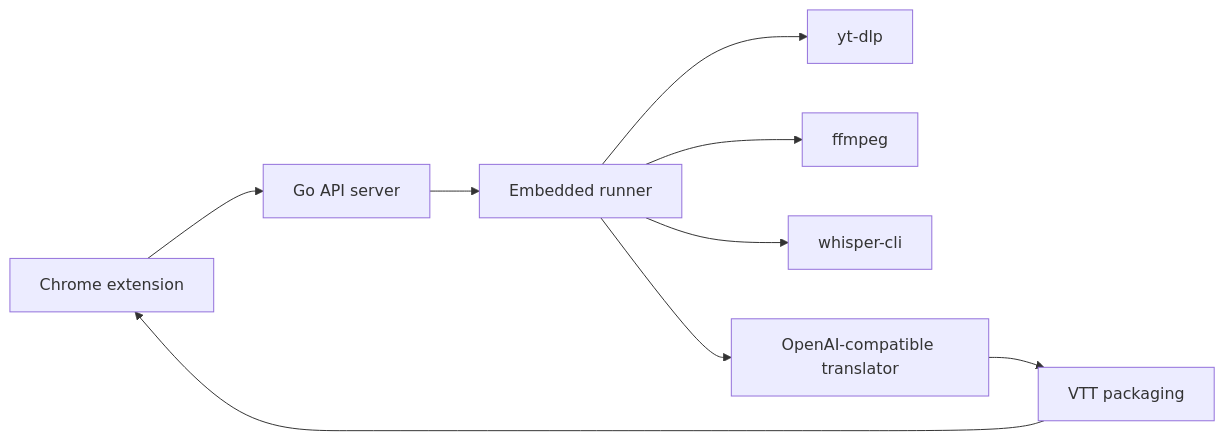
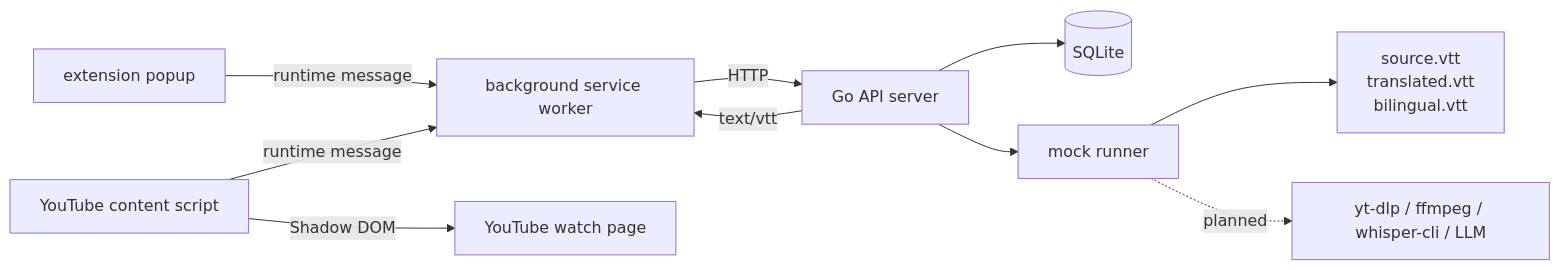
Before and after one commit to Insulinocytus/lets-sub-it: the diagram in README.md, drawn with Mermaid. The commit also changed other lines of this file and 1 other file, not shown here.

````diff
--- a/README.md
+++ b/README.md
@@ -26,11 +119,13 @@
 ```mermaid
 flowchart LR
-  A["Chrome extension"] --> B["Go API server"]
-  B --> C["Embedded runner"]
-  C --> D["yt-dlp"]
-  C --> E["ffmpeg"]
-  C --> F["whisper-cli"]
-  C --> G["OpenAI-compatible translator"]
-  G --> H["VTT packaging"]
-  H --> A
+  Popup["extension popup"] -->|"runtime message"| Background["background service worker"]
+  Content["YouTube content script"] -->|"runtime message"| Background
+  Background -->|"HTTP"| API["Go API server"]
+  API --> Store[("SQLite")]
+  API --> Runner["mock runner"]
+  Runner --> Files["source.vtt<br/>translated.vtt<br/>bilingual.vtt"]
+  API -->|"text/vtt"| Background
+  Content -->|"Shadow DOM"| YouTube["YouTube watch page"]
+
+  Runner -. "planned" .-> Tools["yt-dlp / ffmpeg / whisper-cli / LLM"]
 ```
````
